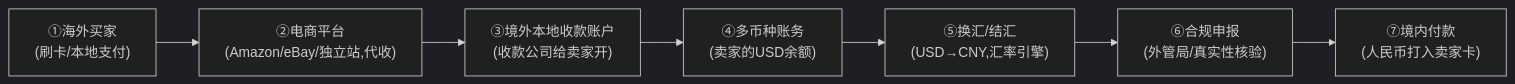
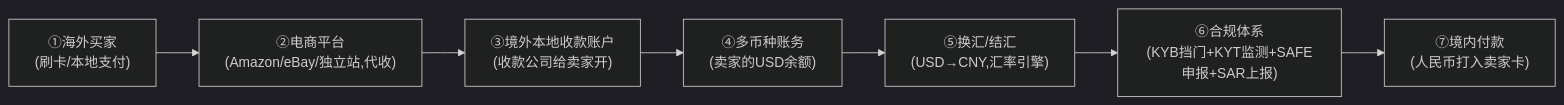
One commit to loong-ju/tech-research changed the first of 10 diagrams in payment/traditional-payment/03b-crossborder-collection-deepdive.md. Above: the diagram before and after it, drawn with Mermaid (dark theme). The commit also changed other lines of this file, not shown here.

````diff
--- a/payment/traditional-payment/03b-crossborder-collection-deepdive.md
+++ b/payment/traditional-payment/03b-crossborder-collection-deepdive.md
@@ -16,9 +16,9 @@
 ```mermaid
 flowchart LR
     B["①海外买家<br/>(刷卡/本地支付)"] --> PLAT["②电商平台<br/>(Amazon/eBay/独立站,代收)"]
     PLAT --> ACC["③境外本地收款账户<br/>(收款公司给卖家开)"]
     ACC --> LEDGER["④多币种账务<br/>(卖家的USD余额)"]
     LEDGER --> FX["⑤换汇/结汇<br/>(USD→CNY,汇率引擎)"]
-    FX --> COMPLY["⑥合规申报<br/>(外管局/真实性核验)"]
+    FX --> COMPLY["⑥合规体系<br/>(KYB挡门+KYT监测+SAFE申报+SAR上报)"]
     COMPLY --> OUT["⑦境内付款<br/>(人民币打入卖家卡)"]
 ```
````
